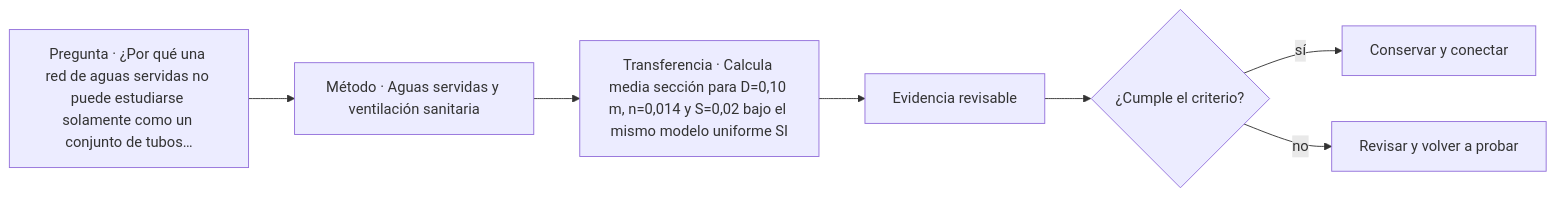
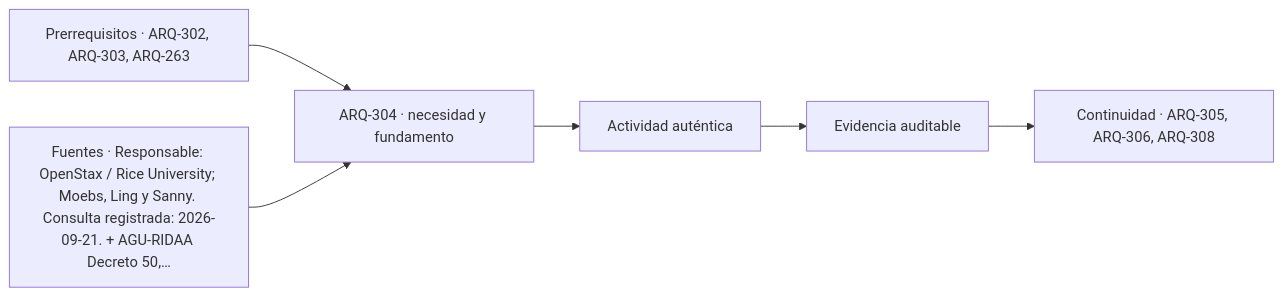
The diagram in classes/parte-31/ARQ-304.md (vladimiracunadev-create/architecture-built-environment-learning-program), drawn with Mermaid before and after one commit. The commit also changed other lines of this file and 761 other files, not shown here.

````diff
--- a/classes/parte-31/ARQ-304.md
+++ b/classes/parte-31/ARQ-304.md
@@ -107,9 +119,8 @@
 ```mermaid
 flowchart LR
-    Q["Pregunta · ¿Por qué una red de aguas servidas no puede estudiarse solamente como un conjunto de tubos…"] --> M["Método · Aguas servidas y ventilación sanitaria"]
-    M --> P["Transferencia · Calcula media sección para D=0,10 m, n=0,014 y S=0,02 bajo el mismo modelo uniforme SI"]
-    P --> E["Evidencia revisable"]
-    E --> C{"¿Cumple el criterio?"}
-    C -->|sí| T["Conservar y conectar"]
-    C -->|no| R["Revisar y volver a probar"]
+    A["Prerrequisitos · ARQ-302, ARQ-303, ARQ-263"] --> B["ARQ-304 · necesidad y fundamento"]
+    S["Fuentes · Responsable: OpenStax / Rice University; Moebs, Ling y Sanny. Consulta registrada: 2026-09-21. + AGU-RIDAA Decreto 50,…"] --> B
+    B --> C["Actividad auténtica"]
+    C --> D["Evidencia auditable"]
+    D --> E["Continuidad · ARQ-305, ARQ-306, ARQ-308"]
 ```
````
